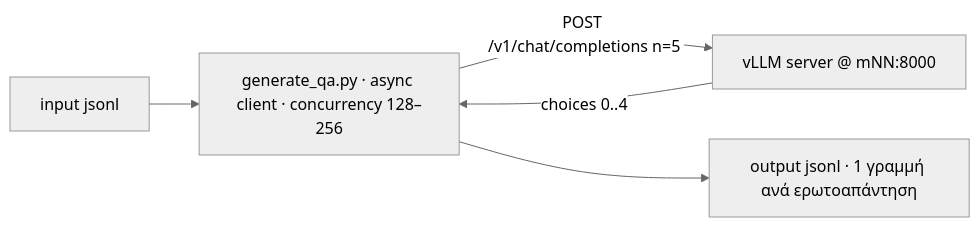
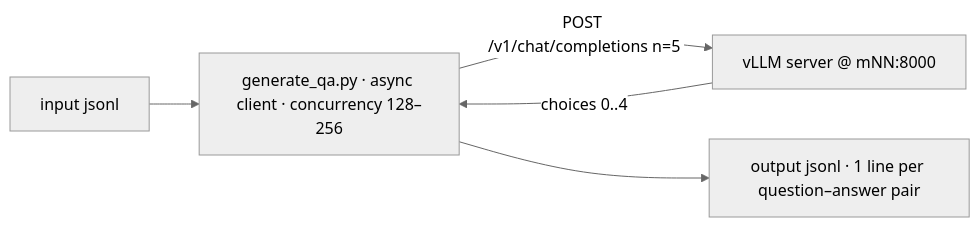
One commit to sl45sms/mitos-qa changed the diagram in ARCHITECTURE.md. Above: the diagram before and after it, drawn with Mermaid (neutral theme). The commit also changed other lines of this file and 1 other file, not shown here.

First line of the commit message:
Add architecture documentation for synthetic QA generation system

````diff
--- a/ARCHITECTURE.md
+++ b/ARCHITECTURE.md
@@ -16,8 +15,8 @@
 ```mermaid
 flowchart LR
     IN[input jsonl] --> GEN
     GEN[generate_qa.py · async client · concurrency 128–256]
     GEN -- POST /v1/chat/completions n=5 --> SRV[vLLM server @ mNN:8000]
     SRV -- choices 0..4 --> GEN
-    GEN --> OUT[output jsonl · 1 γραμμή ανά ερωτοαπάντηση]
+    GEN --> OUT[output jsonl · 1 line per question–answer pair]
 ```
````
